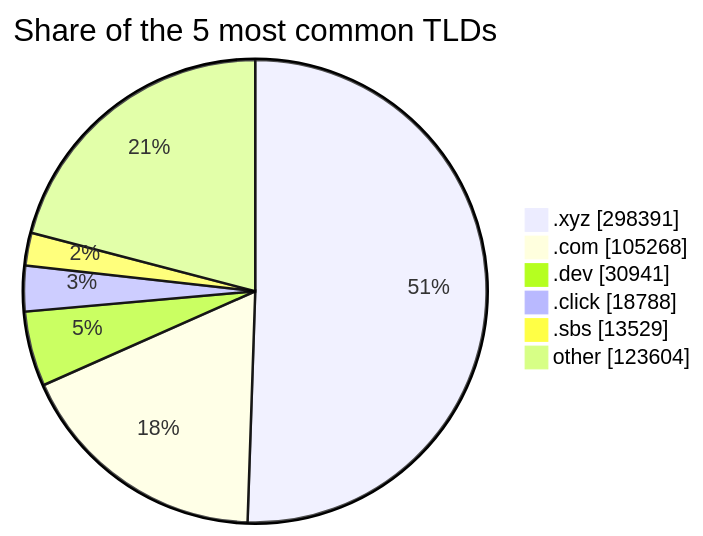
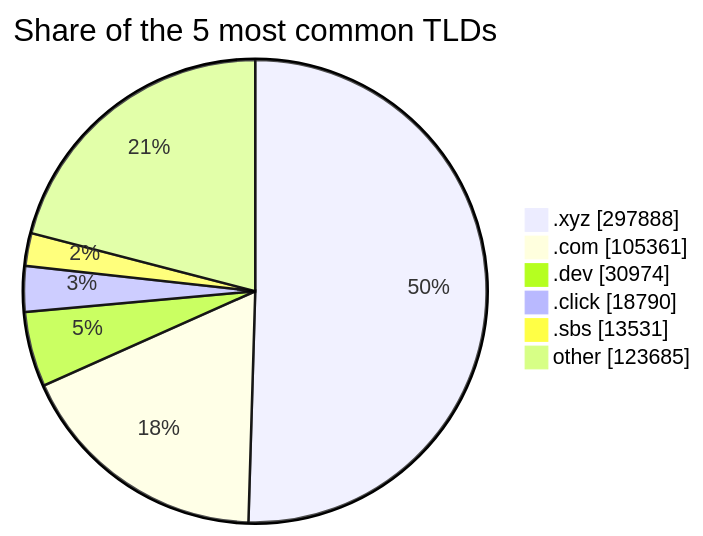
One commit to DNSBunker/CTI changed the third of 3 diagrams in README.md. Above: the diagram before and after it, drawn with Mermaid. The commit also changed other lines of this file and 3 other files, not shown here.

````diff
--- a/README.md
+++ b/README.md
@@ -81,9 +81,9 @@
 ```mermaid
 pie showData title Share of the 5 most common TLDs
-    ".xyz" : 298391
-    ".com" : 105268
-    ".dev" : 30941
-    ".click" : 18788
-    ".sbs" : 13529
-    "other" : 123604
+    ".xyz" : 297888
+    ".com" : 105361
+    ".dev" : 30974
+    ".click" : 18790
+    ".sbs" : 13531
+    "other" : 123685
 ```
````
